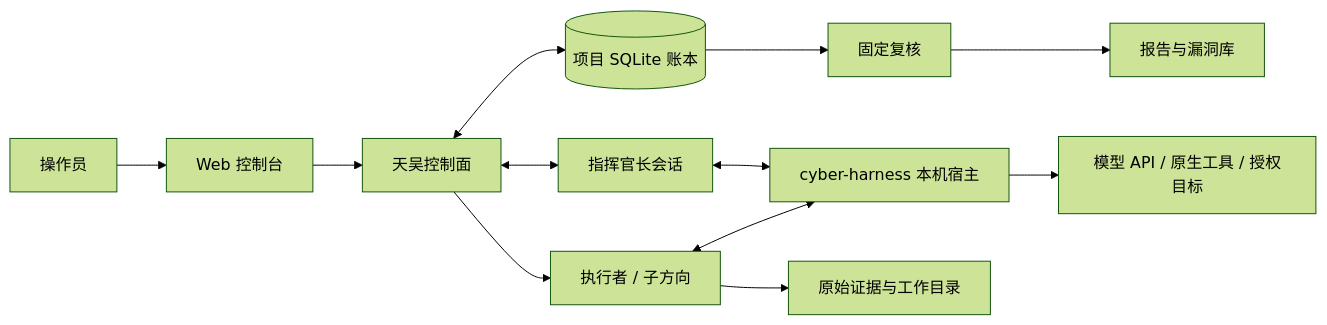
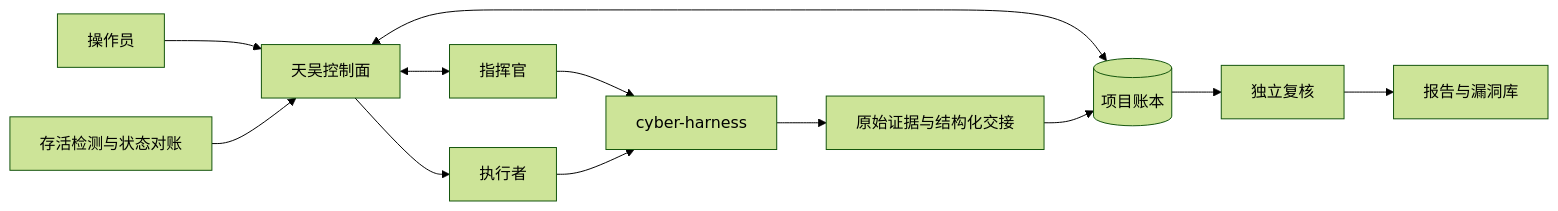
One commit to c1ayooo/4zrcin changed the diagram in README.md. Above: the diagram before and after it, drawn with Mermaid (forest theme). The commit also changed other lines of this file and 190 other files, not shown here.

````diff
--- a/README.md
+++ b/README.md
@@ -108,14 +28,14 @@
 ```mermaid
 flowchart LR
-    Operator[操作员] --> Console[Web 控制台]
-    Console --> TW[天吴控制面]
-    TW <--> Ledger[(项目 SQLite 账本)]
-    TW <--> Commander[指挥官长会话]
-    TW --> Workers[执行者 / 子方向]
-    Commander <--> Harness[cyber-harness 本机宿主]
-    Workers <--> Harness
-    Harness --> Tools[模型 API / 原生工具 / 授权目标]
-    Workers --> Evidence[原始证据与工作目录]
-    Ledger --> Review[固定复核]
+    Operator[操作员] --> Control[天吴控制面]
+    Control <--> Ledger[(项目账本)]
+    Control <--> Commander[指挥官]
+    Control --> Executor[执行者]
+    Commander --> Harness[cyber-harness]
+    Executor --> Harness
+    Harness --> Evidence[原始证据与结构化交接]
+    Evidence --> Ledger
+    Ledger --> Review[独立复核]
     Review --> Report[报告与漏洞库]
+    Watchdog[存活检测与状态对账] --> Control
 ```
````
